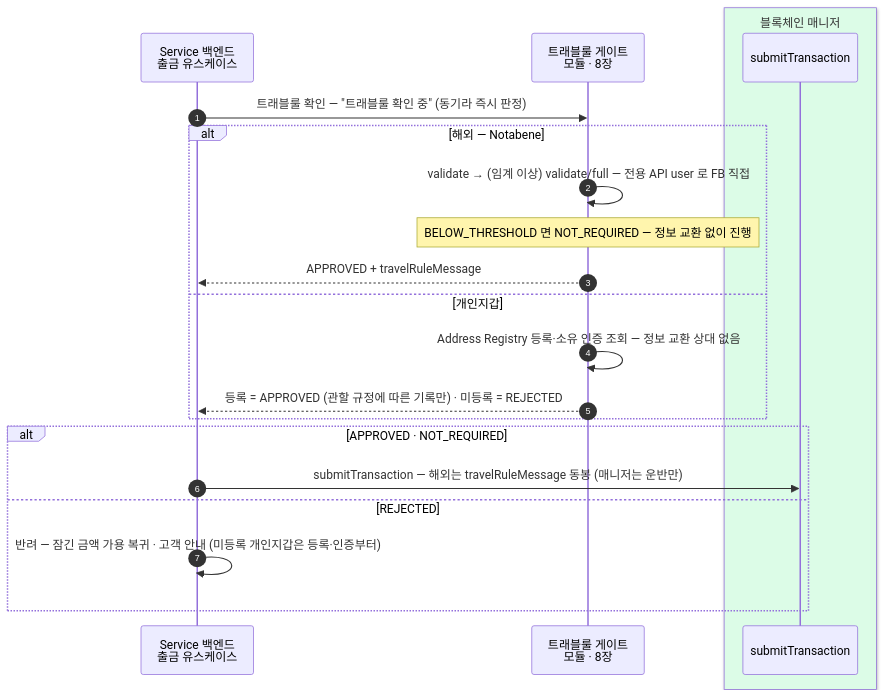
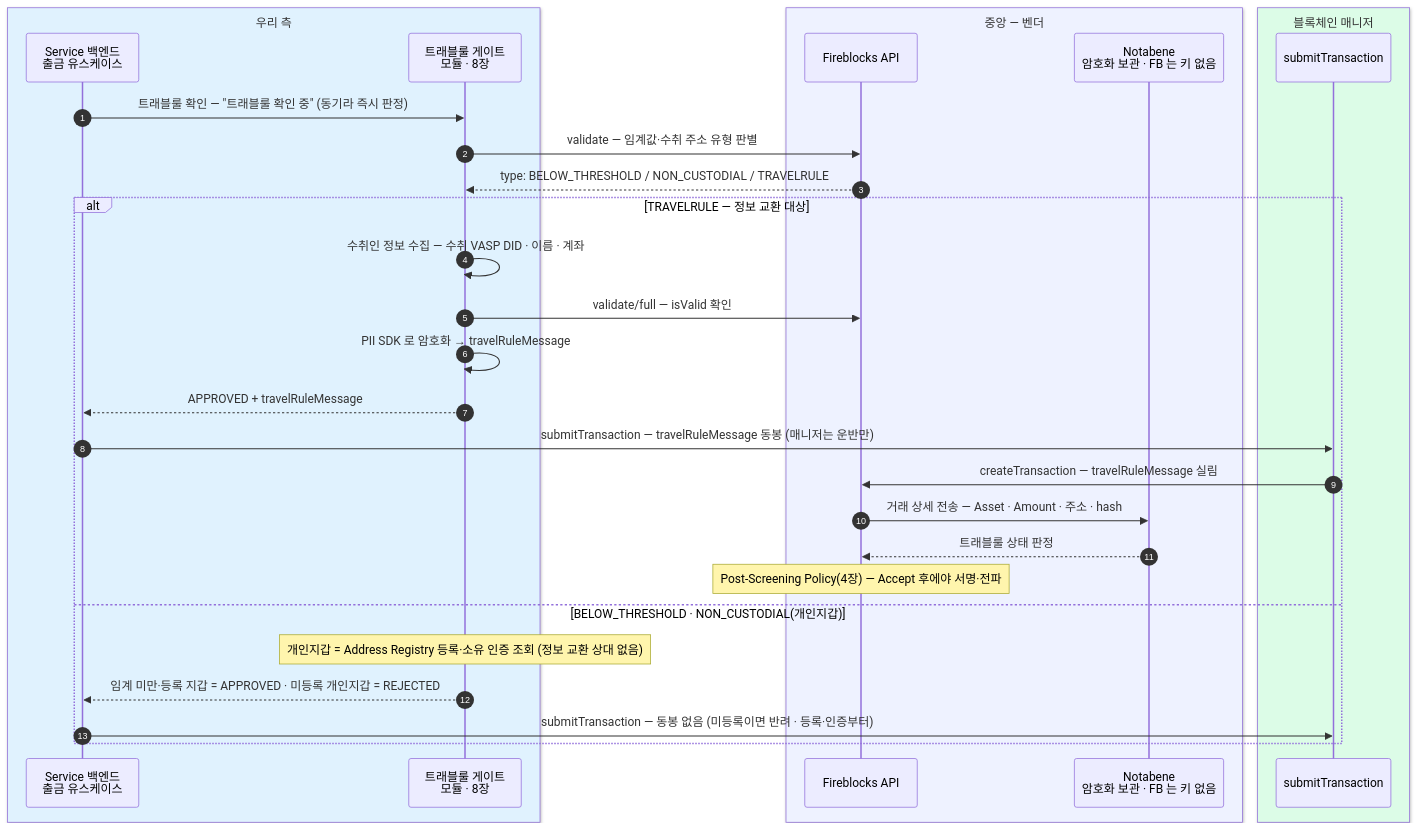
One commit to eunsujeo/eunpus changed the second of 11 diagrams in blockchain-manager/docs/트래블룰/설계/07-scenarios.md. Above: the diagram before and after it, drawn with Mermaid. The commit also changed other lines of this file and 7 other files, not shown here.

````diff
--- a/blockchain-manager/docs/트래블룰/설계/07-scenarios.md
+++ b/blockchain-manager/docs/트래블룰/설계/07-scenarios.md
@@ -54,24 +88,34 @@
 ```mermaid
 sequenceDiagram
     autonumber
+    box rgb(224,242,254) 우리 측
     participant BE as Service 백엔드<br/>출금 유스케이스
     participant GT as 트래블룰 게이트<br/>모듈 · 8장
+    end
+    box rgb(238,242,255) 중앙 — 벤더
+    participant FB as Fireblocks API
+    participant NB as Notabene<br/>암호화 보관 · FB 는 키 없음
+    end
     box rgb(220,252,231) 블록체인 매니저
     participant BM as submitTransaction
     end
 
     BE->>GT: 트래블룰 확인 — "트래블룰 확인 중" (동기라 즉시 판정)
-    alt 해외 — Notabene
-        GT->>GT: validate → (임계 이상) validate/full — 전용 API user 로 FB 직접
-        Note over GT: BELOW_THRESHOLD 면 NOT_REQUIRED — 정보 교환 없이 진행
+    GT->>FB: validate — 임계값·수취 주소 유형 판별
+    FB-->>GT: type: BELOW_THRESHOLD / NON_CUSTODIAL / TRAVELRULE
+    alt TRAVELRULE — 정보 교환 대상
+        GT->>GT: 수취인 정보 수집 — 수취 VASP DID · 이름 · 계좌
+        GT->>FB: validate/full — isValid 확인
+        GT->>GT: PII SDK 로 암호화 → travelRuleMessage
         GT-->>BE: APPROVED + travelRuleMessage
-    else 개인지갑
-        GT->>GT: Address Registry 등록·소유 인증 조회 — 정보 교환 상대 없음
-        GT-->>BE: 등록 = APPROVED (관할 규정에 따른 기록만) · 미등록 = REJECTED
-    end
-    alt APPROVED · NOT_REQUIRED
-        BE->>BM: submitTransaction — 해외는 travelRuleMessage 동봉 (매니저는 운반만)
-    else REJECTED
-        BE->>BE: 반려 — 잠긴 금액 가용 복귀 · 고객 안내 (미등록 개인지갑은 등록·인증부터)
+        BE->>BM: submitTransaction — travelRuleMessage 동봉 (매니저는 운반만)
+        BM->>FB: createTransaction — travelRuleMessage 실림
+        FB->>NB: 거래 상세 전송 — Asset · Amount · 주소 · hash
+        NB-->>FB: 트래블룰 상태 판정
+        Note over FB: Post-Screening Policy(4장) — Accept 후에야 서명·전파
+    else BELOW_THRESHOLD · NON_CUSTODIAL(개인지갑)
+        Note over GT: 개인지갑 = Address Registry 등록·소유 인증 조회 (정보 교환 상대 없음)
+        GT-->>BE: 임계 미만·등록 지갑 = APPROVED · 미등록 개인지갑 = REJECTED
+        BE->>BM: submitTransaction — 동봉 없음 (미등록이면 반려 · 등록·인증부터)
     end
 ```
````
